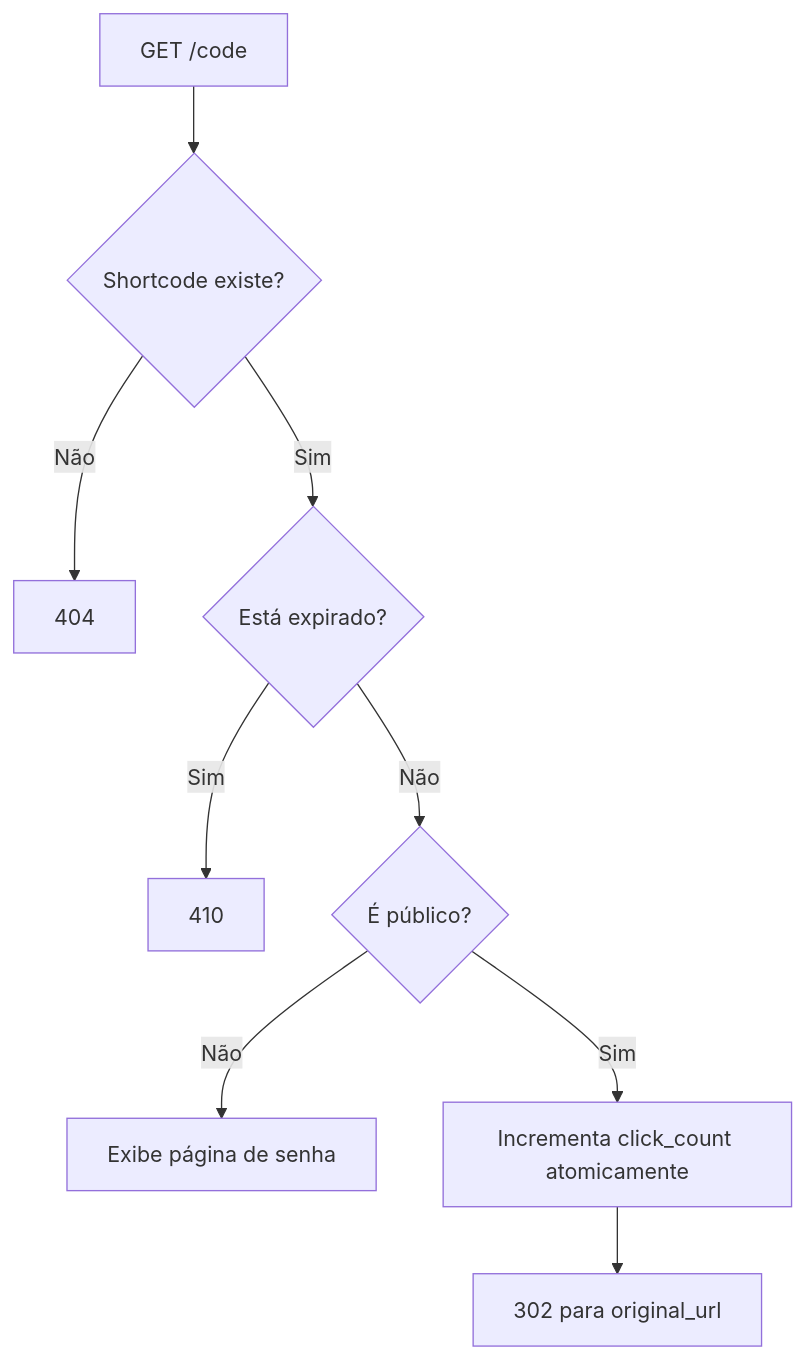
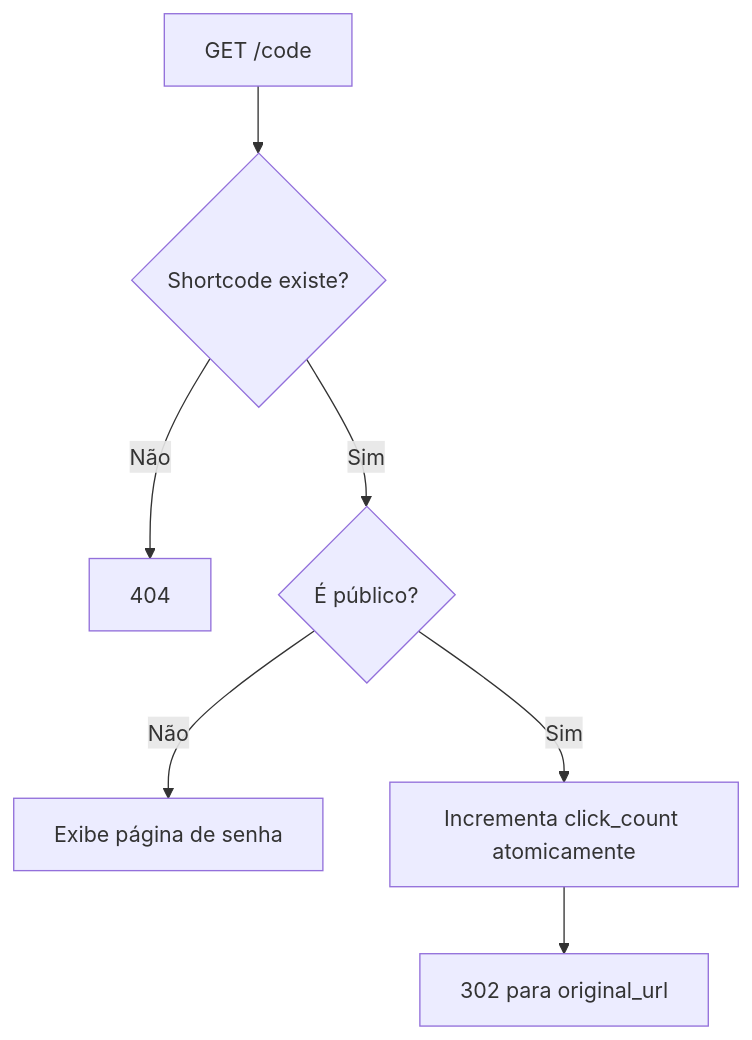
Before and after one commit to fredsaggio/shortbit: the fourth of 6 diagrams in docs/short-links.md, drawn with Mermaid. The commit also changed other lines of this file and 6 other files, not shown here.

Commit message:
refactor(urls): remove link expiration from schema and docs

````diff
--- a/docs/short-links.md
+++ b/docs/short-links.md
@@ -98,11 +96,9 @@
 ```mermaid
 flowchart TD
     Request[GET /code] --> Find{Shortcode existe?}
     Find -- Não --> NotFound[404]
-    Find -- Sim --> Expired{Está expirado?}
-    Expired -- Sim --> Gone[410]
-    Expired -- Não --> Visibility{É público?}
+    Find -- Sim --> Visibility{É público?}
     Visibility -- Não --> PasswordPage[Exibe página de senha]
     Visibility -- Sim --> Increment[Incrementa click_count atomicamente]
     Increment --> Redirect[302 para original_url]
 ```
````
